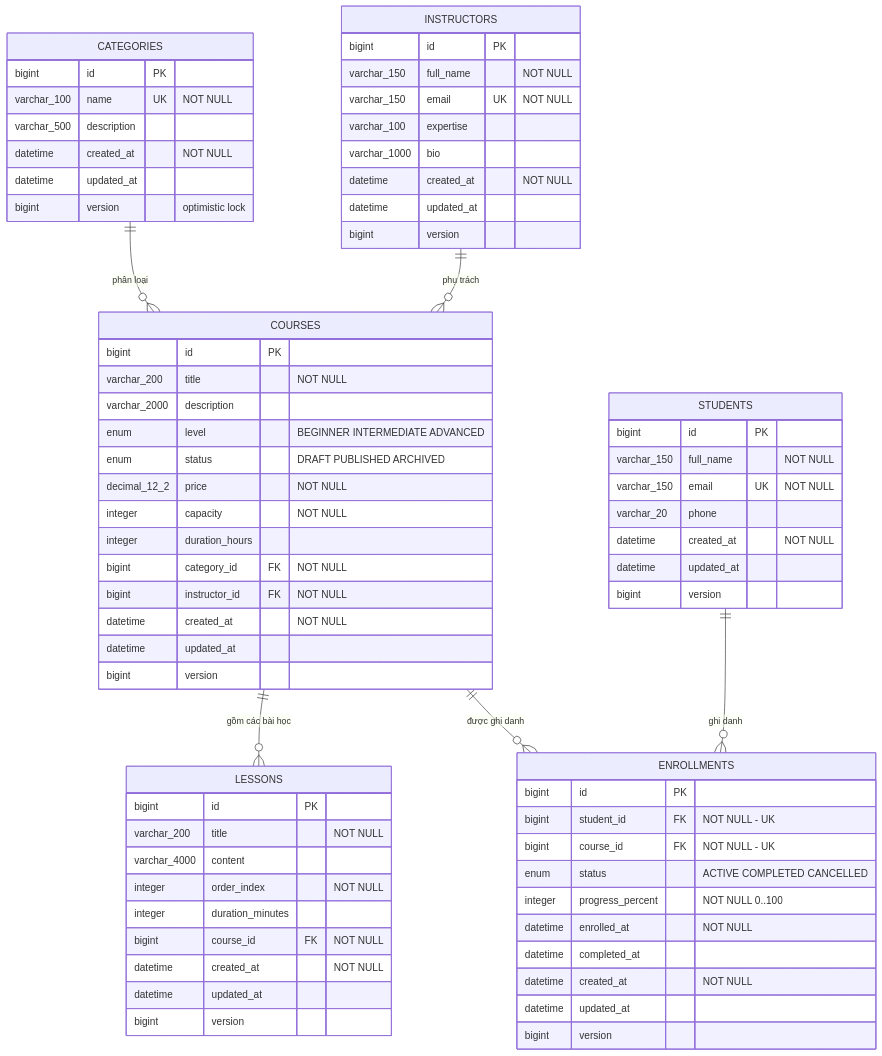
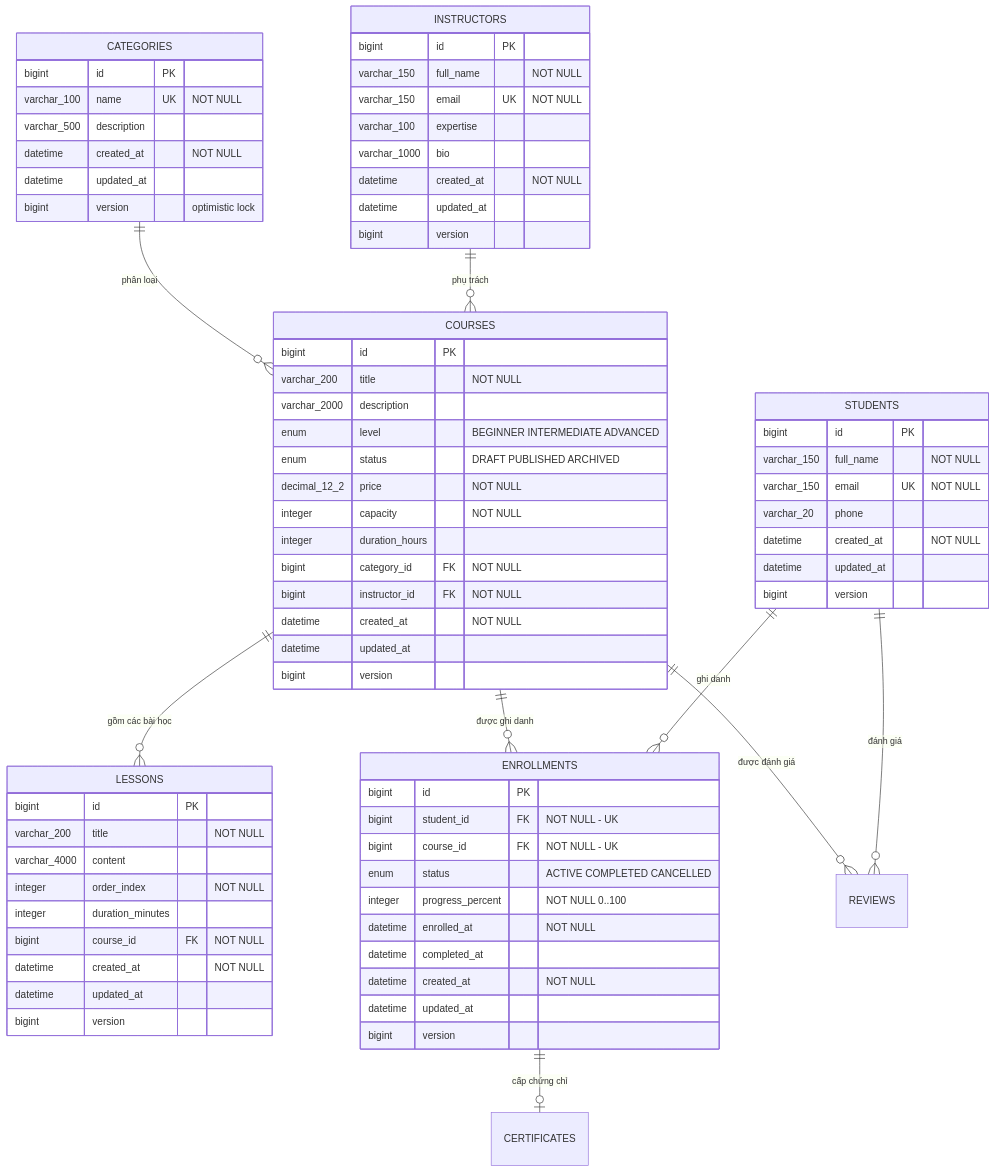
One commit to hmddevv/CourseManagementSystem changed the diagram in docs/database-schema.md. Above: the diagram before and after it, drawn with Mermaid. The commit also changed other lines of this file and 7 other files, not shown here.

First line of the commit message:
docs: cap nhat ERD, DDL, so do kien truc va han che bao mat

````diff
--- a/docs/database-schema.md
+++ b/docs/database-schema.md
@@ -11,79 +11,82 @@
 ```mermaid
 erDiagram
-    CATEGORIES  ||--o{ COURSES     : "phân loại"
-    INSTRUCTORS ||--o{ COURSES     : "phụ trách"
-    COURSES     ||--o{ LESSONS     : "gồm các bài học"
-    COURSES     ||--o{ ENROLLMENTS : "được ghi danh"
-    STUDENTS    ||--o{ ENROLLMENTS : "ghi danh"
+    CATEGORIES  ||--o{ COURSES      : "phân loại"
+    INSTRUCTORS ||--o{ COURSES      : "phụ trách"
+    COURSES     ||--o{ LESSONS      : "gồm các bài học"
+    COURSES     ||--o{ ENROLLMENTS  : "được ghi danh"
+    STUDENTS    ||--o{ ENROLLMENTS  : "ghi danh"
+    COURSES     ||--o{ REVIEWS      : "được đánh giá"
+    STUDENTS    ||--o{ REVIEWS      : "đánh giá"
+    ENROLLMENTS ||--o| CERTIFICATES : "cấp chứng chỉ"
 
     CATEGORIES {
         bigint       id PK
         varchar_100  name UK "NOT NULL"
         varchar_500  description
         datetime     created_at "NOT NULL"
         datetime     updated_at
         bigint       version "optimistic lock"
     }
 
     INSTRUCTORS {
         bigint        id PK
         varchar_150   full_name "NOT NULL"
         varchar_150   email UK "NOT NULL"
         varchar_100   expertise
         varchar_1000  bio
         datetime      created_at "NOT NULL"
         datetime      updated_at
         bigint        version
     }
 
     STUDENTS {
         bigint       id PK
         varchar_150  full_name "NOT NULL"
         varchar_150  email UK "NOT NULL"
         varchar_20   phone
         datetime     created_at "NOT NULL"
         datetime     updated_at
         bigint       version
     }
 
     COURSES {
         bigint         id PK
         varchar_200    title "NOT NULL"
         varchar_2000   description
         enum           level "BEGINNER INTERMEDIATE ADVANCED"
         enum           status "DRAFT PUBLISHED ARCHIVED"
         decimal_12_2   price "NOT NULL"
         integer        capacity "NOT NULL"
         integer        duration_hours
         bigint         category_id FK "NOT NULL"
         bigint         instructor_id FK "NOT NULL"
         datetime       created_at "NOT NULL"
         datetime       updated_at
         bigint         version
     }
 
     LESSONS {
         bigint        id PK
         varchar_200   title "NOT NULL"
         varchar_4000  content
         integer       order_index "NOT NULL"
         integer       duration_minutes
         bigint        course_id FK "NOT NULL"
         datetime      created_at "NOT NULL"
         datetime      updated_at
         bigint        version
     }
 
     ENROLLMENTS {
         bigint     id PK
         bigint     student_id FK "NOT NULL - UK"
         bigint     course_id FK "NOT NULL - UK"
         enum       status "ACTIVE COMPLETED CANCELLED"
         integer    progress_percent "NOT NULL 0..100"
         datetime   enrolled_at "NOT NULL"
         datetime   completed_at
         datetime   created_at "NOT NULL"
         datetime   updated_at
         bigint     version
     }
 ```
````
